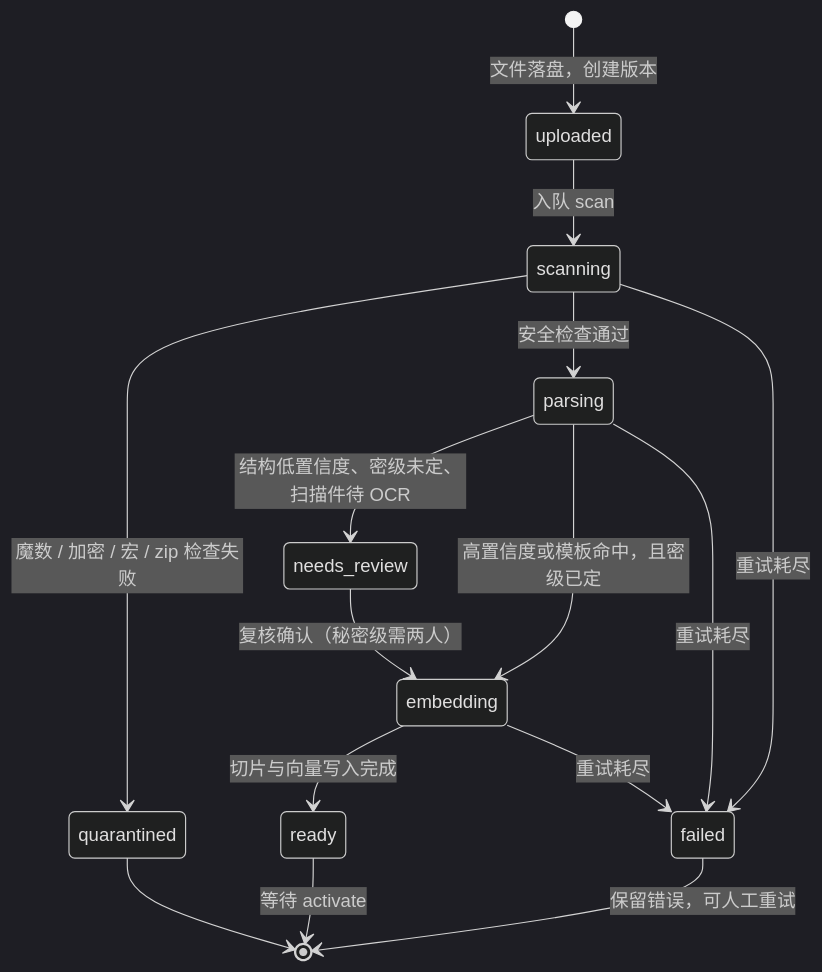
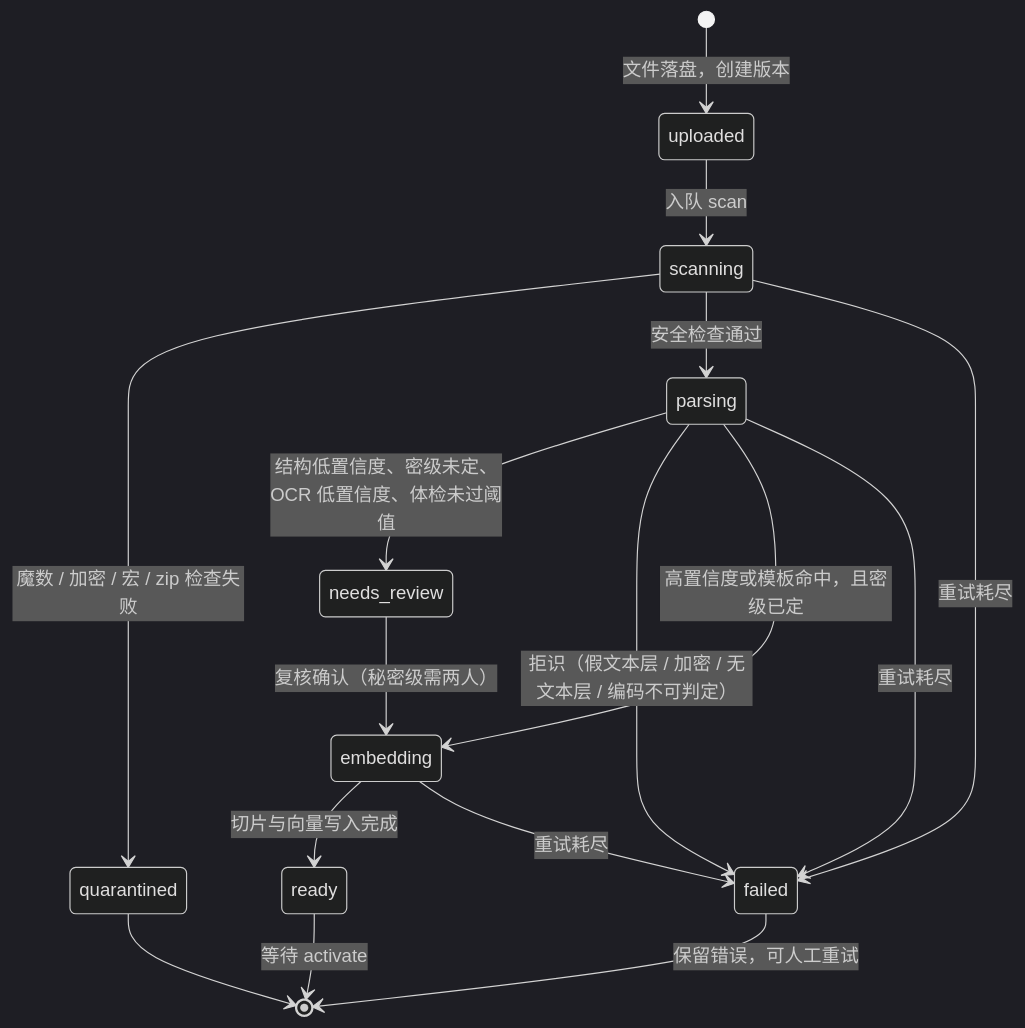
The third of 6 diagrams in docs/文档摄取子系统设计.md (lanyangyanglazy/KNOWRAG-10), drawn with Mermaid (dark theme) before and after one commit. The commit also changed other lines of this file and 1 other file, not shown here.

````diff
--- a/docs/文档摄取子系统设计.md
+++ b/docs/文档摄取子系统设计.md
@@ -516,17 +599,18 @@
 ```mermaid
 stateDiagram-v2
     [*] --> uploaded: 文件落盘，创建版本
     uploaded --> scanning: 入队 scan
     scanning --> quarantined: 魔数 / 加密 / 宏 / zip 检查失败
     scanning --> parsing: 安全检查通过
-    parsing --> needs_review: 结构低置信度、密级未定、扫描件待 OCR
+    parsing --> needs_review: 结构低置信度、密级未定、OCR 低置信度、体检未过阈值
+    parsing --> failed: 拒识（假文本层 / 加密 / 无文本层 / 编码不可判定）
     parsing --> embedding: 高置信度或模板命中，且密级已定
     needs_review --> embedding: 复核确认（秘密级需两人）
     embedding --> ready: 切片与向量写入完成
     ready --> [*]: 等待 activate
     scanning --> failed: 重试耗尽
     parsing --> failed: 重试耗尽
     embedding --> failed: 重试耗尽
     failed --> [*]: 保留错误，可人工重试
     quarantined --> [*]
 ```
````
